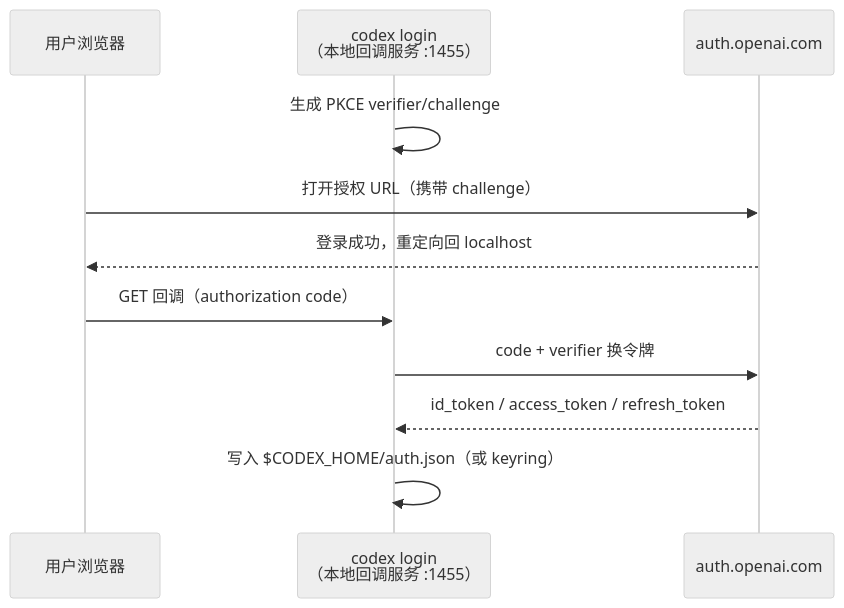
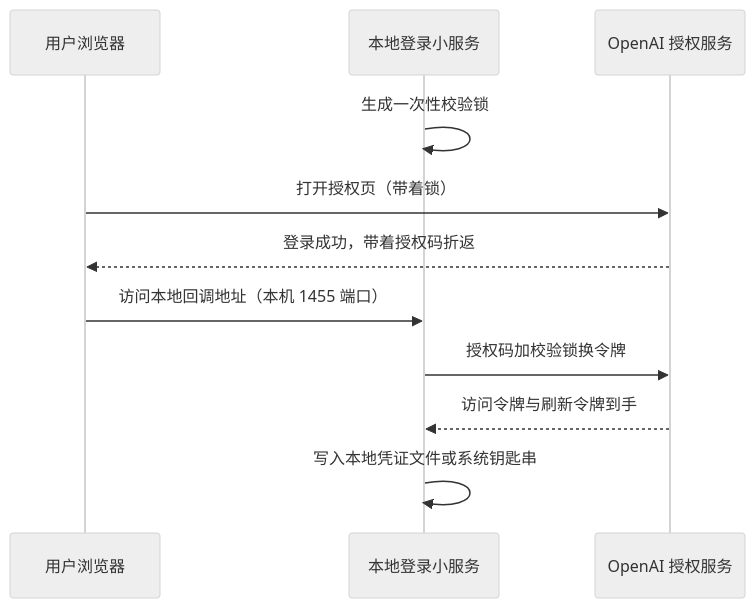
Before and after one commit to 13927/codex-book: the second of 2 diagrams in src/part1/config-and-auth.md, drawn with Mermaid (neutral theme). The commit also changed other lines of this file and 14 other files, not shown here.

````diff
--- a/src/part1/config-and-auth.md
+++ b/src/part1/config-and-auth.md
@@ -72,13 +66,13 @@
 ```mermaid
 sequenceDiagram
     participant U as 用户浏览器
-    participant C as codex login<br/>（本地回调服务 :1455）
-    participant A as auth.openai.com
-    C->>C: 生成 PKCE verifier/challenge
-    U->>A: 打开授权 URL（携带 challenge）
-    A-->>U: 登录成功，重定向回 localhost
-    U->>C: GET 回调（authorization code）
-    C->>A: code + verifier 换令牌
-    A-->>C: id_token / access_token / refresh_token
-    C->>C: 写入 $CODEX_HOME/auth.json（或 keyring）
+    participant C as 本地登录小服务
+    participant A as OpenAI 授权服务
+    C->>C: 生成一次性校验锁
+    U->>A: 打开授权页（带着锁）
+    A-->>U: 登录成功，带着授权码折返
+    U->>C: 访问本地回调地址（本机 1455 端口）
+    C->>A: 授权码加校验锁换令牌
+    A-->>C: 访问令牌与刷新令牌到手
+    C->>C: 写入本地凭证文件或系统钥匙串
 ```
````
